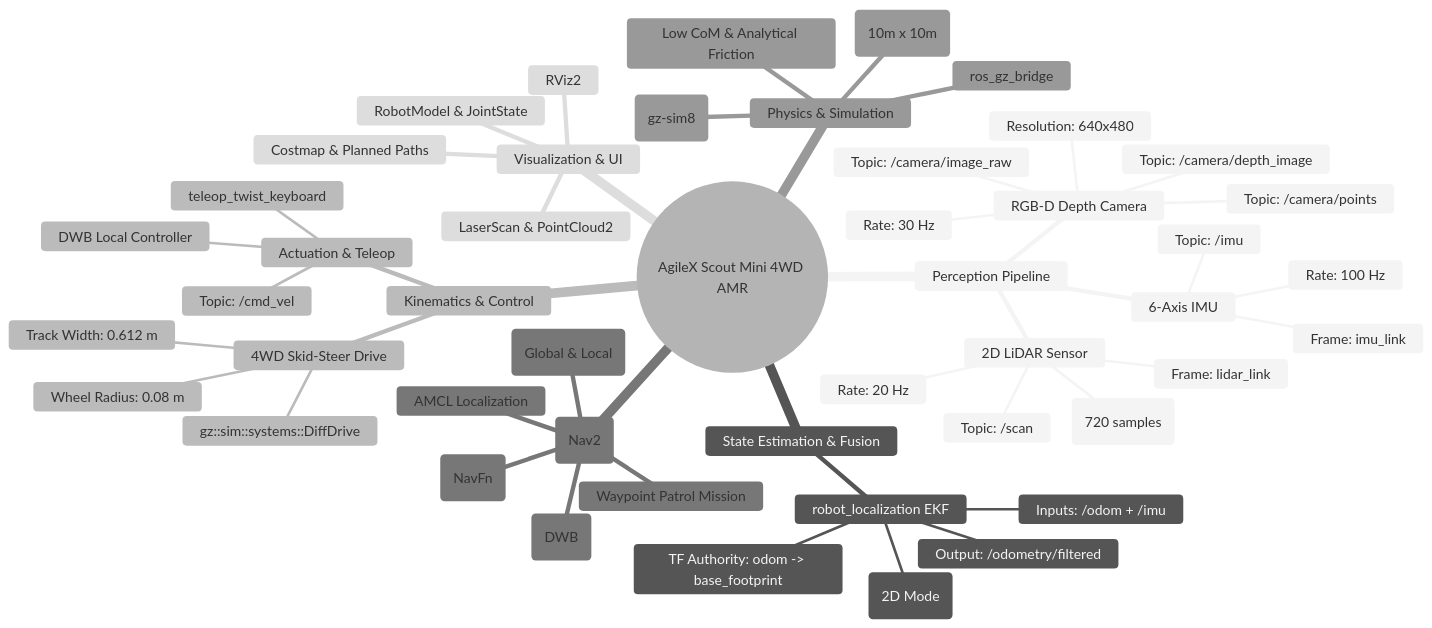
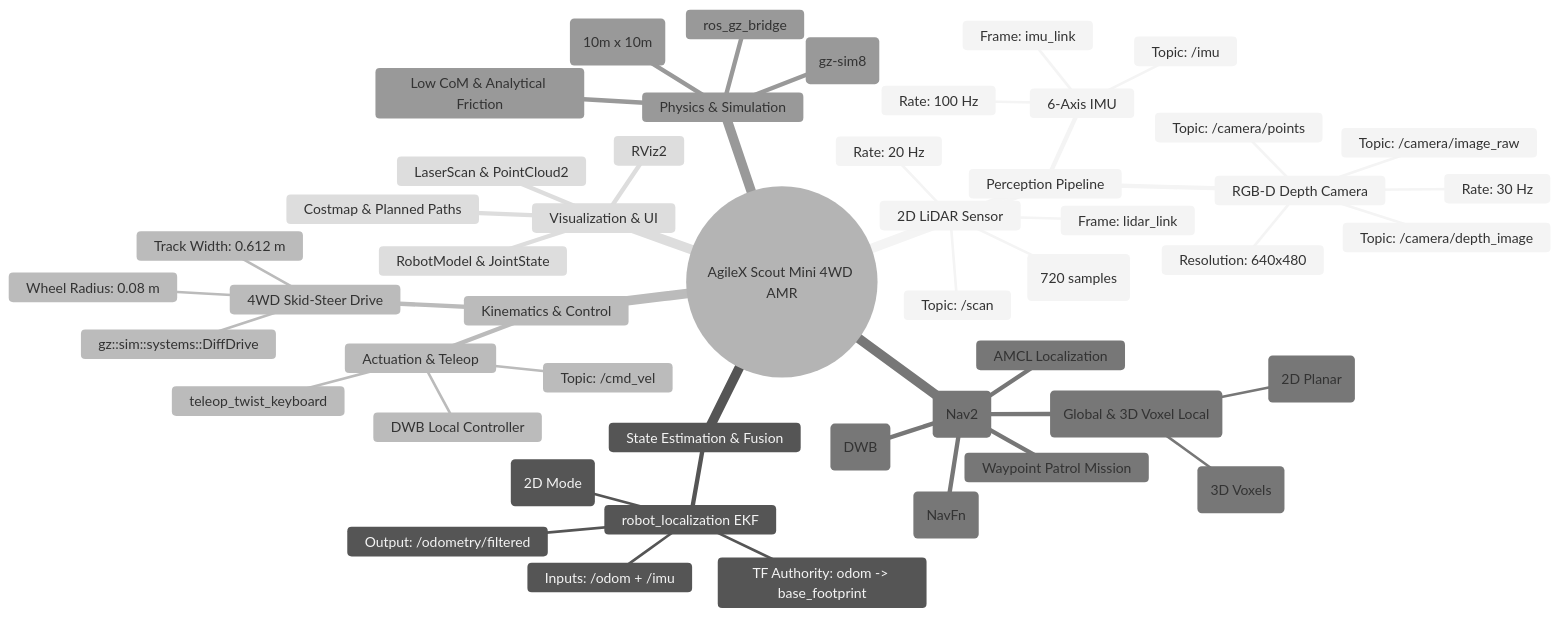
One commit to Saibts/AgileX_ScoutMini_JAZZY changed the first of 2 diagrams in docs/ARCHITECTURE.md. Above: the diagram before and after it, drawn with Mermaid (neutral theme). The commit also changed 2 other files, not shown here.

Commit message:
feat(perception): integrate 3D depth camera pointcloud into Nav2 local costmap voxel layer

````diff
--- a/docs/ARCHITECTURE.md
+++ b/docs/ARCHITECTURE.md
@@ -9,51 +9,53 @@
 ```mermaid
 mindmap
   root((AgileX Scout Mini 4WD AMR))
     Perception Pipeline
       2D LiDAR Sensor
         Topic: /scan
         FOV: 360° (720 samples)
         Rate: 20 Hz
         Frame: lidar_link
       6-Axis IMU
         Topic: /imu
         Rate: 100 Hz
         Frame: imu_link
       RGB-D Depth Camera
         Topic: /camera/image_raw
         Topic: /camera/depth_image
         Topic: /camera/points
         Rate: 30 Hz
         Resolution: 640x480
     State Estimation & Fusion
       robot_localization EKF
         Inputs: /odom + /imu
         Output: /odometry/filtered
         TF Authority: odom -> base_footprint
         Rate: 50 Hz (2D Mode)
     Kinematics & Control
       4WD Skid-Steer Drive
         gz::sim::systems::DiffDrive
         Track Width: 0.612 m
         Wheel Radius: 0.08 m
       Actuation & Teleop
         Topic: /cmd_vel
         teleop_twist_keyboard
         DWB Local Controller
     Autonomous Navigation (Nav2)
       Global Planner (NavFn)
       Local Controller (DWB)
       AMCL Localization
-      Costmaps (Global & Local)
+      Costmaps (Global & 3D Voxel Local)
+        LiDAR: /scan (2D Planar)
+        Depth Camera: /camera/points (3D Voxels)
       Waypoint Patrol Mission
     Physics & Simulation
       Gazebo Harmonic (gz-sim8)
       ros_gz_bridge
       amr_world.sdf (10m x 10m)
       Low CoM & Analytical Friction
     Visualization & UI
       RViz2
       RobotModel & JointState
       LaserScan & PointCloud2
       Costmap & Planned Paths
 ```
````
